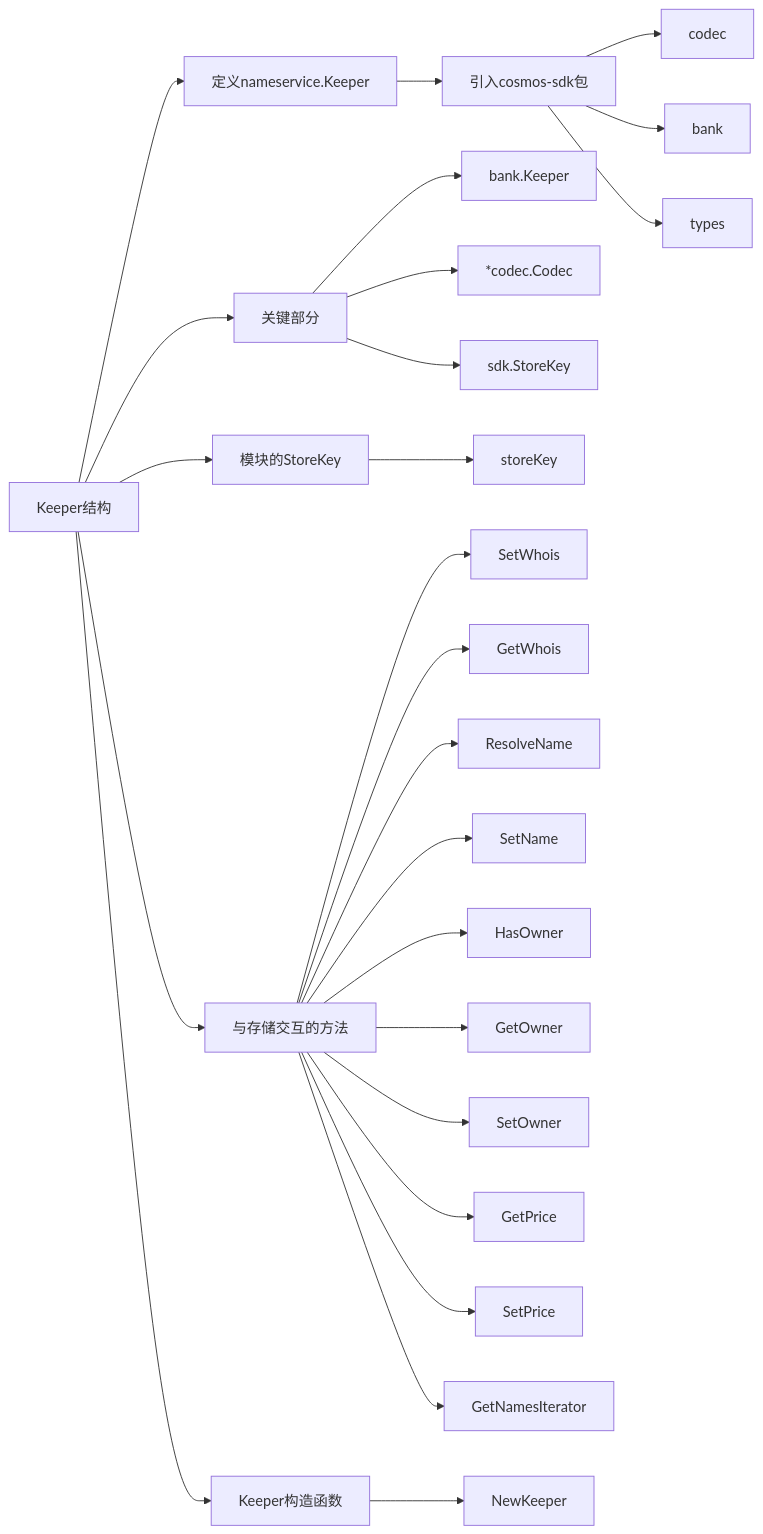
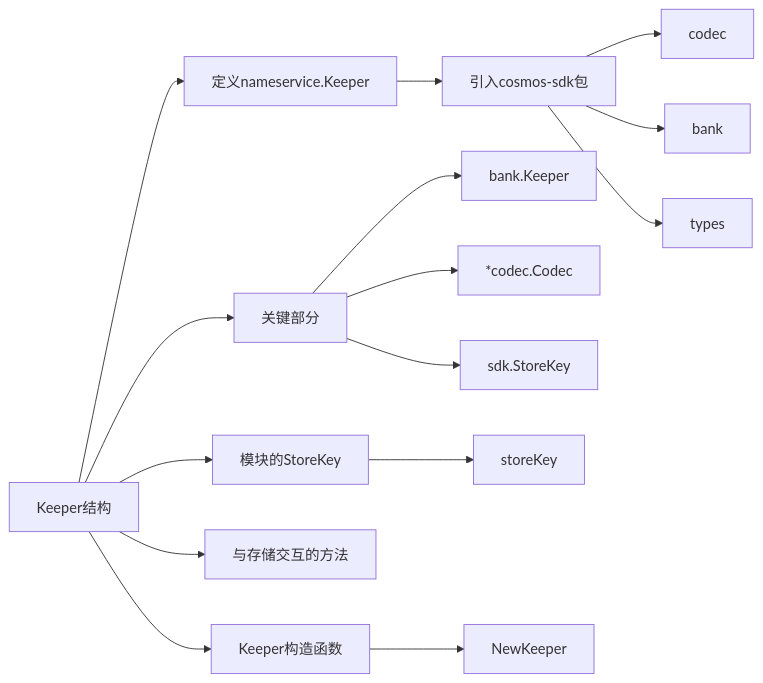
Before and after one commit to ben46/ben46.github.io: the first of 2 diagrams in Cosmos-SDK-中文文档/_posts/04-keeper.md, drawn with Mermaid. The commit also changed other lines of this file and 4 other files, not shown here.

````diff
--- a/Cosmos-SDK-中文文档/_posts/04-keeper.md
+++ b/Cosmos-SDK-中文文档/_posts/04-keeper.md
@@ -1,28 +1,19 @@
 ```mermaid
 graph LR  
     C[Keeper结构]  
     C --> D[定义nameservice.Keeper]  
     D --> E[引入cosmos-sdk包]  
     E --> F[codec]  
     E --> G[bank]  
     E --> H[types]  
     C --> I[关键部分]  
     I --> J[bank.Keeper]  
     I --> K[*codec.Codec]  
     I --> L[sdk.StoreKey]  
     C --> M[模块的StoreKey]  
     M --> N[storeKey]  
     C --> O[与存储交互的方法]  
-    O --> P[SetWhois]  
-    O --> Q[GetWhois]  
-    O --> R[ResolveName]  
-    O --> S[SetName]  
-    O --> T[HasOwner]  
-    O --> U[GetOwner]  
-    O --> V[SetOwner]  
-    O --> W[GetPrice]  
-    O --> X[SetPrice]  
-    O --> Y[GetNamesIterator]  
+    
     C --> Z[Keeper构造函数]  
     Z --> AA[NewKeeper]
 ```
````
